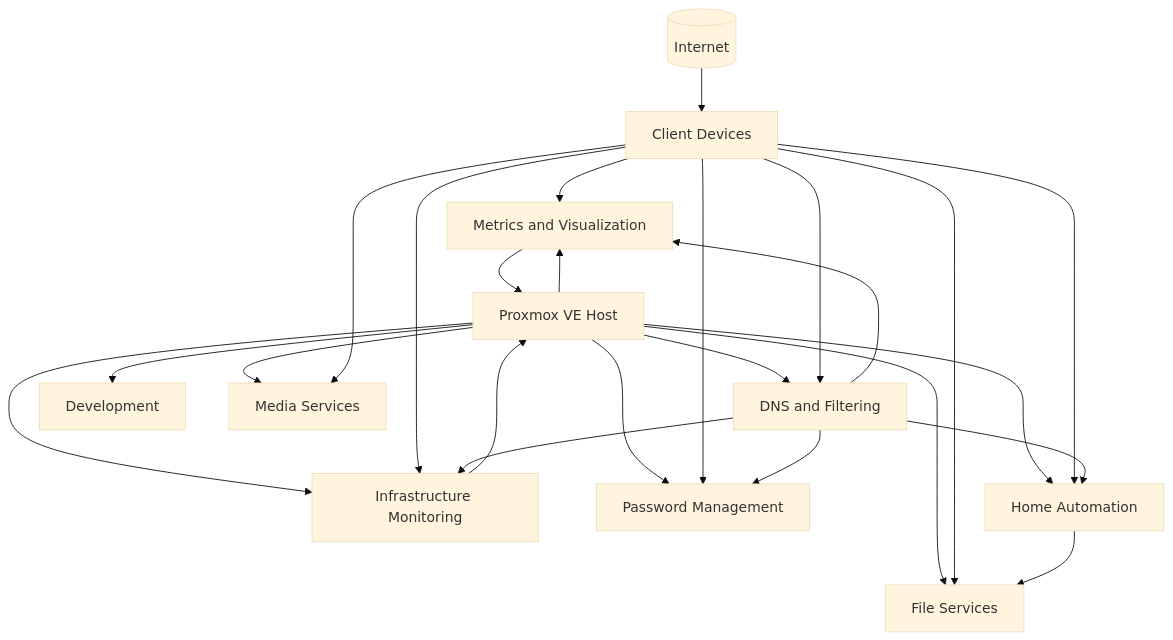
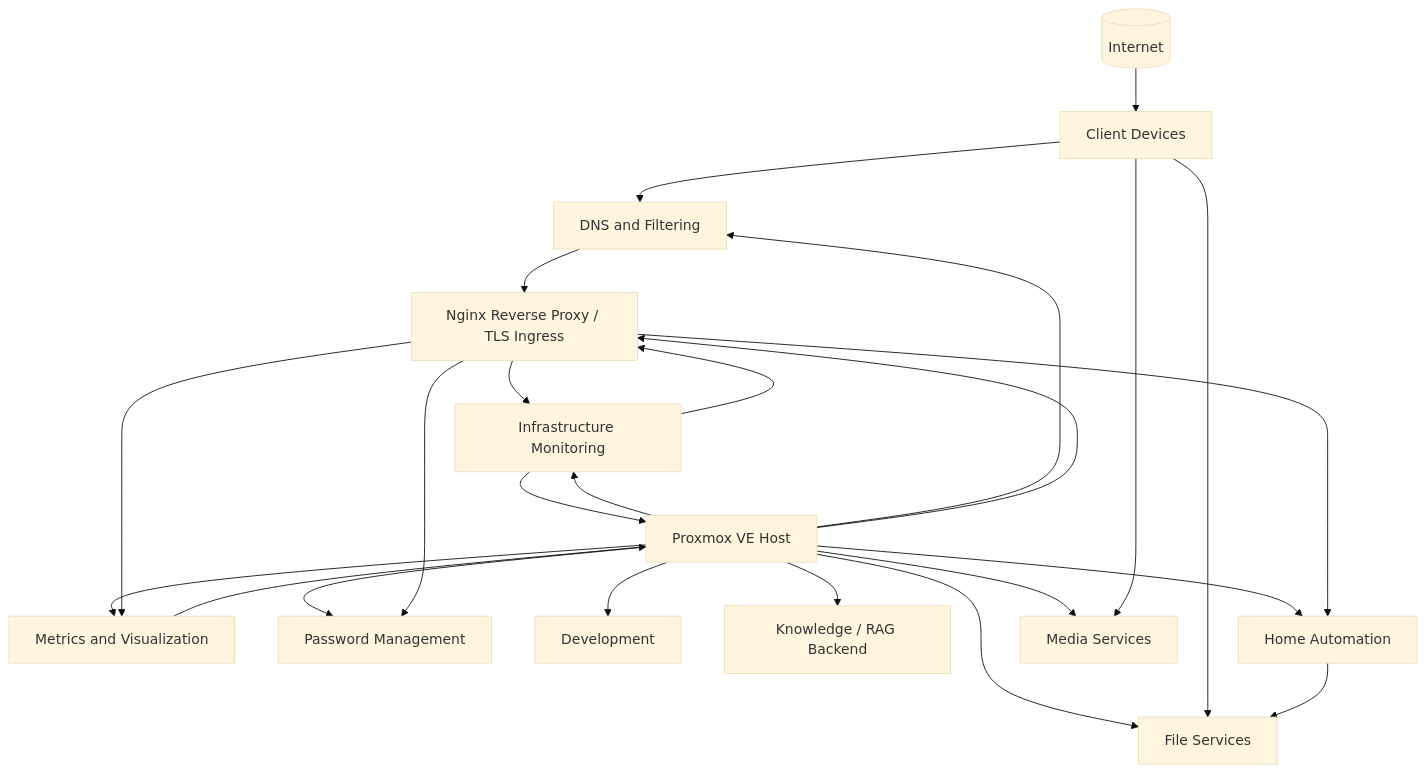
The diagram in README.md (myles-portfolio/homelab-infrastructure), drawn with Mermaid (base theme) before and after one commit. The commit also changed other lines of this file, not shown here.

Commit message:
Document dedicated reverse proxy implementation

````diff
--- a/README.md
+++ b/README.md
@@ -47,43 +49,44 @@
 ```mermaid
 flowchart TB
     Internet[(Internet)]
     Clients[Client Devices]
     Proxmox[Proxmox VE Host]
 
     FileServices[File Services]
     Metrics[Metrics and Visualization]
     Checkmk[Infrastructure Monitoring]
     Passwords[Password Management]
     DNS[DNS and Filtering]
+    Proxy[Nginx Reverse Proxy / TLS Ingress]
     Development[Development]
+    Knowledge[Knowledge / RAG Backend]
     HomeAutomation[Home Automation]
     Media[Media Services]
 
     Internet --> Clients
 
     Proxmox --> FileServices
     Proxmox --> Metrics
     Proxmox --> Checkmk
     Proxmox --> Passwords
     Proxmox --> DNS
+    Proxmox --> Proxy
     Proxmox --> Development
+    Proxmox --> Knowledge
     Proxmox --> HomeAutomation
     Proxmox --> Media
 
+    Clients --> DNS
+    DNS --> Proxy
+    Proxy --> Checkmk
+    Proxy --> Passwords
+    Proxy --> Metrics
+    Proxy --> HomeAutomation
     Clients --> FileServices
-    Clients --> Metrics
-    Clients --> Checkmk
-    Clients --> Passwords
-    Clients --> DNS
-    Clients --> HomeAutomation
     Clients --> Media
-
-    DNS --> Passwords
-    DNS --> HomeAutomation
-    DNS --> Metrics
-    DNS --> Checkmk
 
     HomeAutomation --> FileServices
     Checkmk --> Proxmox
+    Checkmk --> Proxy
     Metrics --> Proxmox
 ```
````
